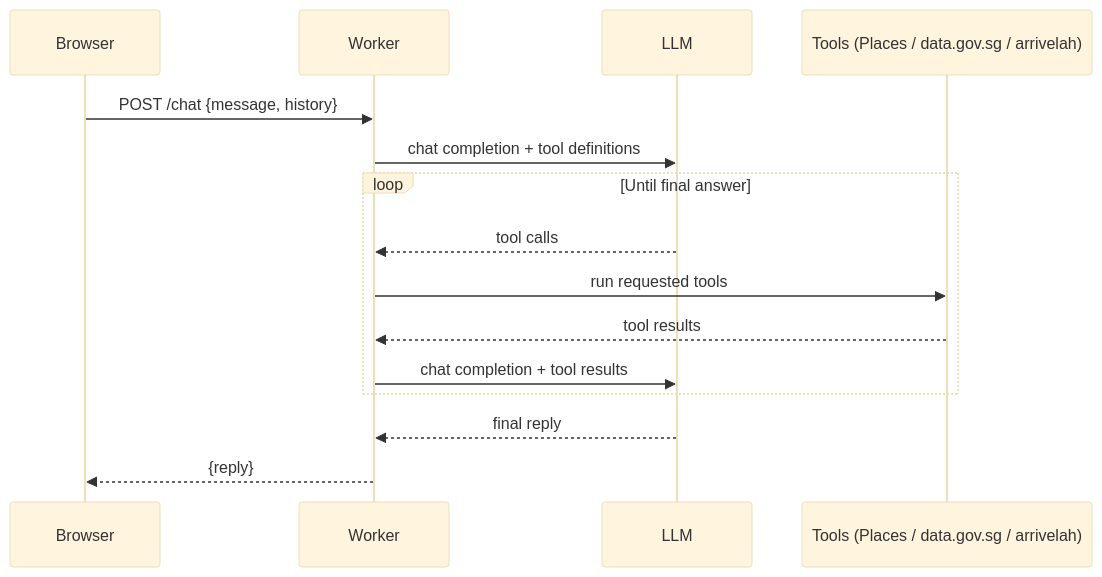
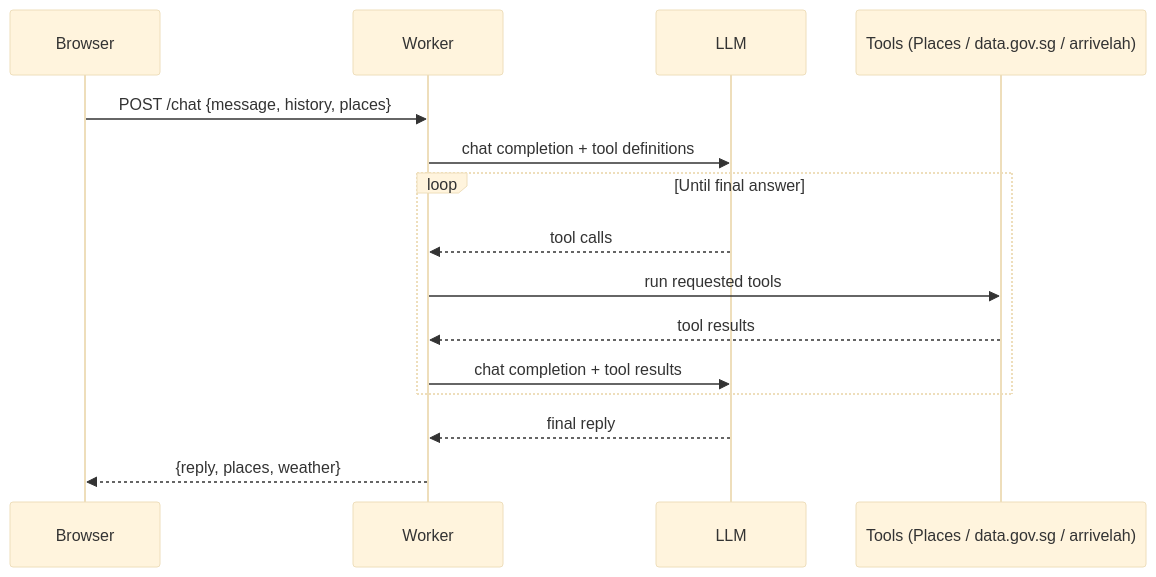
One commit to jltham/lunch-uncle changed the diagram in README.md. Above: the diagram before and after it, drawn with Mermaid (base theme). The commit also changed other lines of this file and 2 other files, not shown here.

````diff
--- a/README.md
+++ b/README.md
@@ -11,18 +17,18 @@
 ```mermaid
 sequenceDiagram
     participant Browser
     participant Worker
     participant LLM
     participant Tools as Tools (Places / data.gov.sg / arrivelah)
 
-    Browser->>Worker: POST /chat {message, history}
+    Browser->>Worker: POST /chat {message, history, places}
     Worker->>LLM: chat completion + tool definitions
     loop Until final answer
         LLM-->>Worker: tool calls
         Worker->>Tools: run requested tools
         Tools-->>Worker: tool results
         Worker->>LLM: chat completion + tool results
     end
     LLM-->>Worker: final reply
-    Worker-->>Browser: {reply}
+    Worker-->>Browser: {reply, places, weather}
 ```
````
